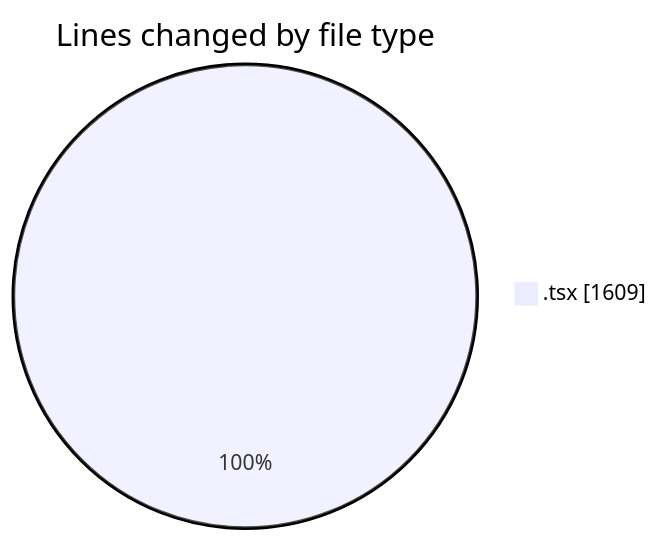
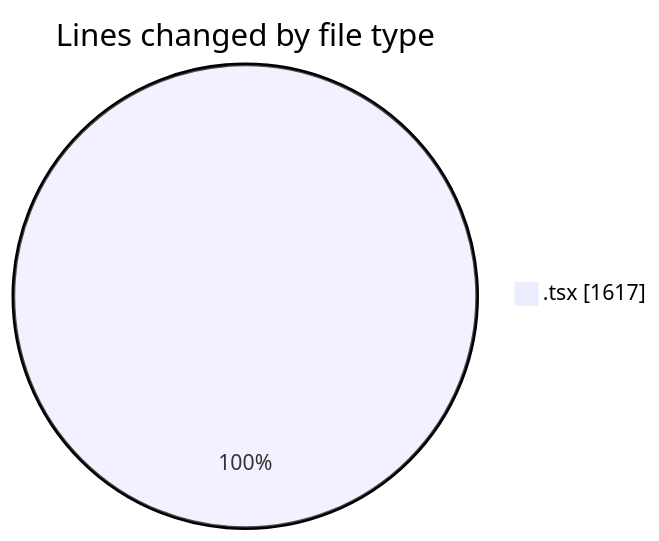
Before and after one commit to nxtqubesakshisongat/code-tracking: the first of 2 diagrams in 2026-03-18/nxtqube_webapp/README.md, drawn with Mermaid. The commit also changed other lines of this file and 1 other file, not shown here.

````diff
--- a/2026-03-18/nxtqube_webapp/README.md
+++ b/2026-03-18/nxtqube_webapp/README.md
@@ -23,5 +23,5 @@
 ```mermaid
 pie showData
 title Lines changed by file type
-".tsx" : 1609
+".tsx" : 1617
 ```
````
